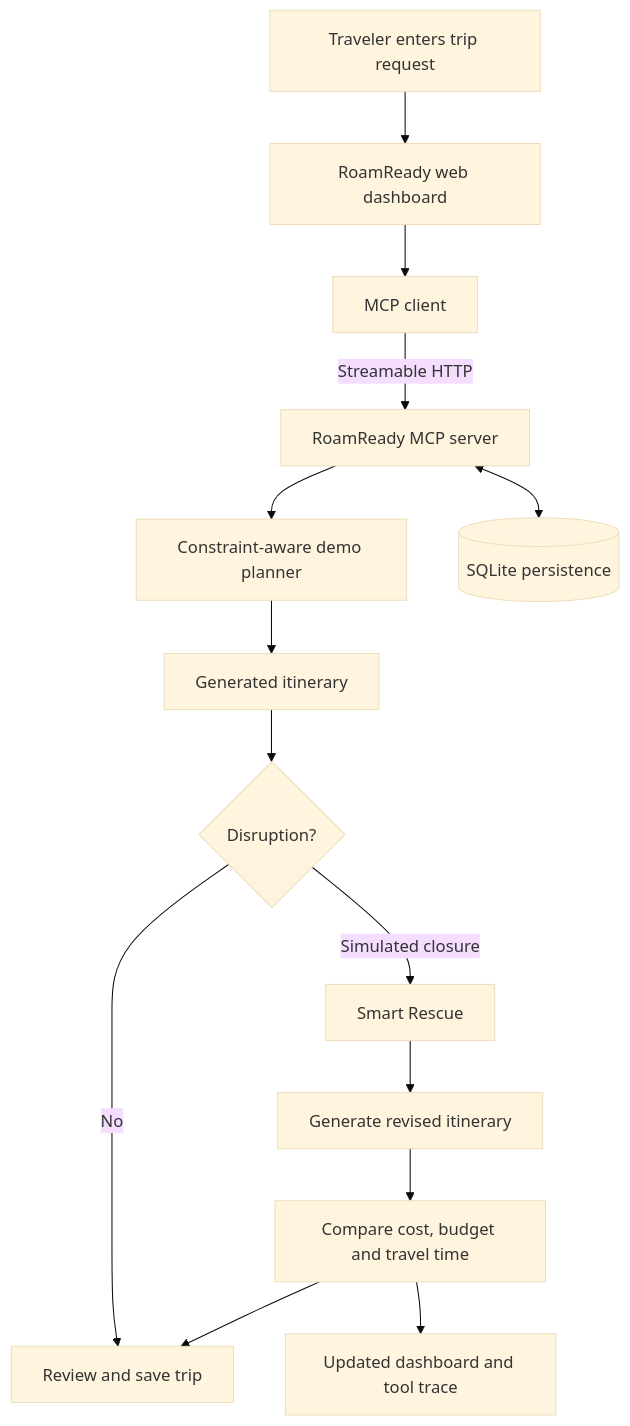
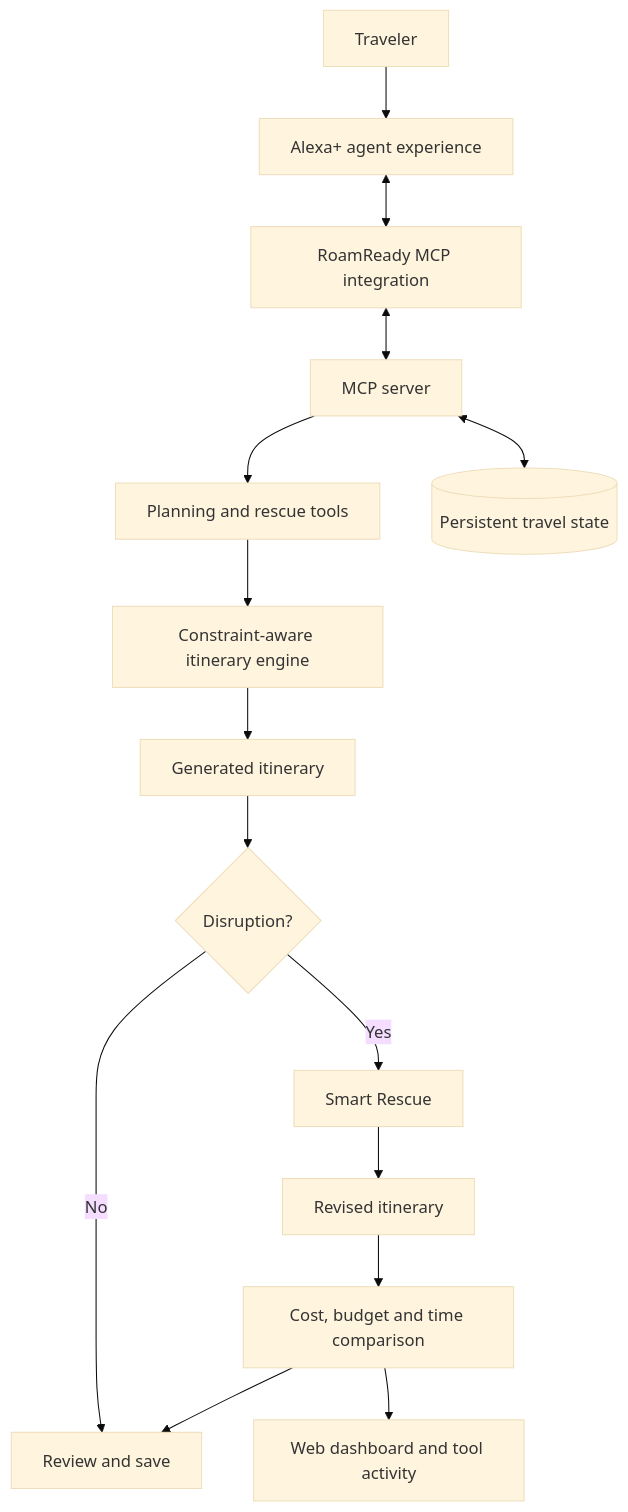
The first of 2 diagrams in README.md (ManyaValecha/roamready-ai), drawn with Mermaid (base theme) before and after one commit. The commit also changed other lines of this file, not shown here.

````diff
--- a/README.md
+++ b/README.md
@@ -120,16 +143,17 @@
 ```mermaid
 flowchart TD
-    A["Traveler enters trip request"] --> B["RoamReady web dashboard"]
-    B --> C["MCP client"]
-    C -->|"Streamable HTTP"| D["RoamReady MCP server"]
-    D --> E["Constraint-aware demo planner"]
-    E --> F["Generated itinerary"]
-    F --> G{"Disruption?"}
-    G -->|"No"| H["Review and save trip"]
-    G -->|"Simulated closure"| I["Smart Rescue"]
-    I --> J["Generate revised itinerary"]
-    J --> K["Compare cost, budget and travel time"]
-    K --> H
-    D <--> L[("SQLite persistence")]
-    K --> M["Updated dashboard and tool trace"]
+    A["Traveler"] --> B["Alexa+ agent experience"]
+    B <--> C["RoamReady MCP integration"]
+    C <--> D["MCP server"]
+    D --> E["Planning and rescue tools"]
+    E --> F["Constraint-aware itinerary engine"]
+    F --> G["Generated itinerary"]
+    G --> H{"Disruption?"}
+    H -->|No| I["Review and save"]
+    H -->|Yes| J["Smart Rescue"]
+    J --> K["Revised itinerary"]
+    K --> L["Cost, budget and time comparison"]
+    L --> I
+    D <--> M[("Persistent travel state")]
+    L --> N["Web dashboard and tool activity"]
 ```
````
